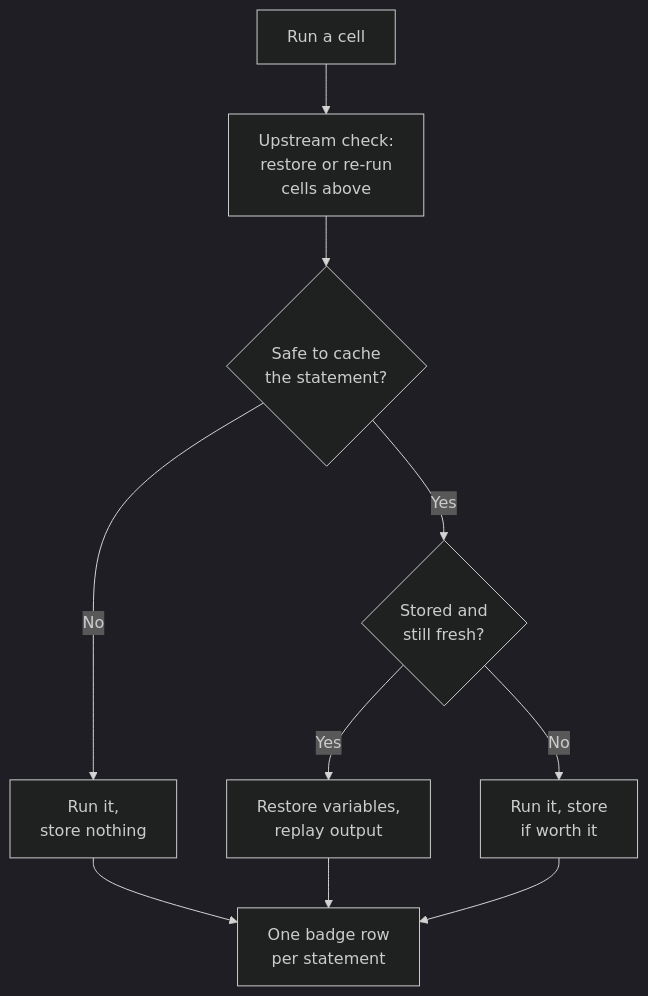
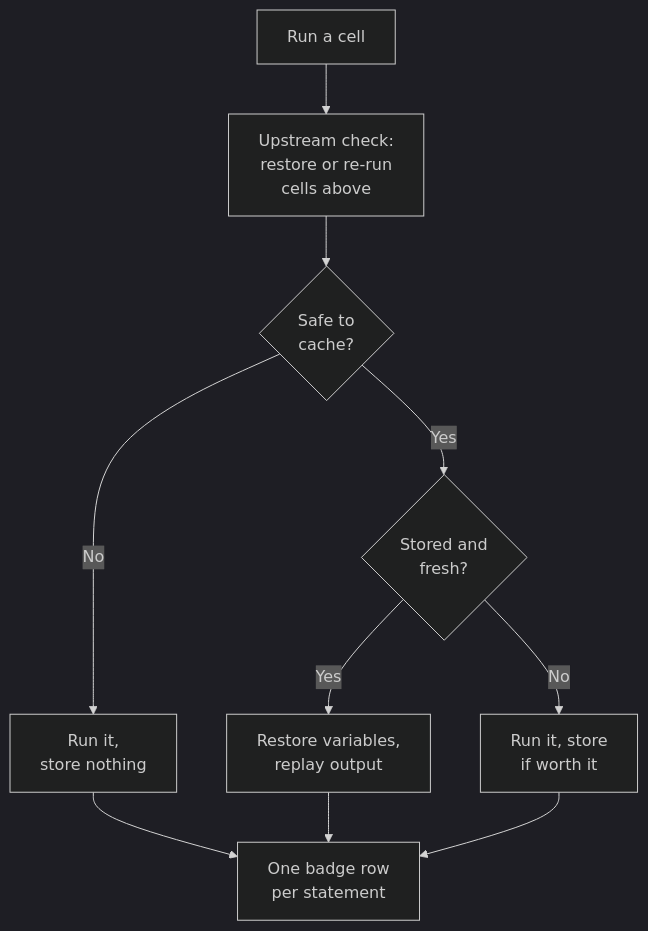
Before and after one commit to galgtonold/cash: the diagram in docs/how-it-works/notebook-path.md, drawn with Mermaid (dark theme). The commit also changed 2 other files, not shown here.

Commit message:
docs: keep flowchart decisions to a few words so the charts stay short
Long questions inside the diamonds made the cost-model chart taller than
a screen. The decisions now use the names of the steps the text below
explains ('Store it at all?', 'Write it to disk?', 'Worth its bytes?'),
and the notebook and decorator charts shorten theirs the same way.

````diff
--- a/docs/how-it-works/notebook-path.md
+++ b/docs/how-it-works/notebook-path.md
@@ -12,19 +12,19 @@
 ```mermaid
 flowchart TB
     A["Run a cell"]
     U["Upstream check:<br/>restore or re-run<br/>cells above"]
-    S{"Safe to cache<br/>the statement?"}
-    K{"Stored and<br/>still fresh?"}
+    S{"Safe to<br/>cache?"}
+    K{"Stored and<br/>fresh?"}
     R1["Run it,<br/>store nothing"]
     H["Restore variables,<br/>replay output"]
     R2["Run it, store<br/>if worth it"]
     BD["One badge row<br/>per statement"]
     A --> U --> S
     S -->|No| R1
     S -->|Yes| K
     K -->|Yes| H
     K -->|No| R2
     R1 --> BD
     H --> BD
     R2 --> BD
 ```
````
